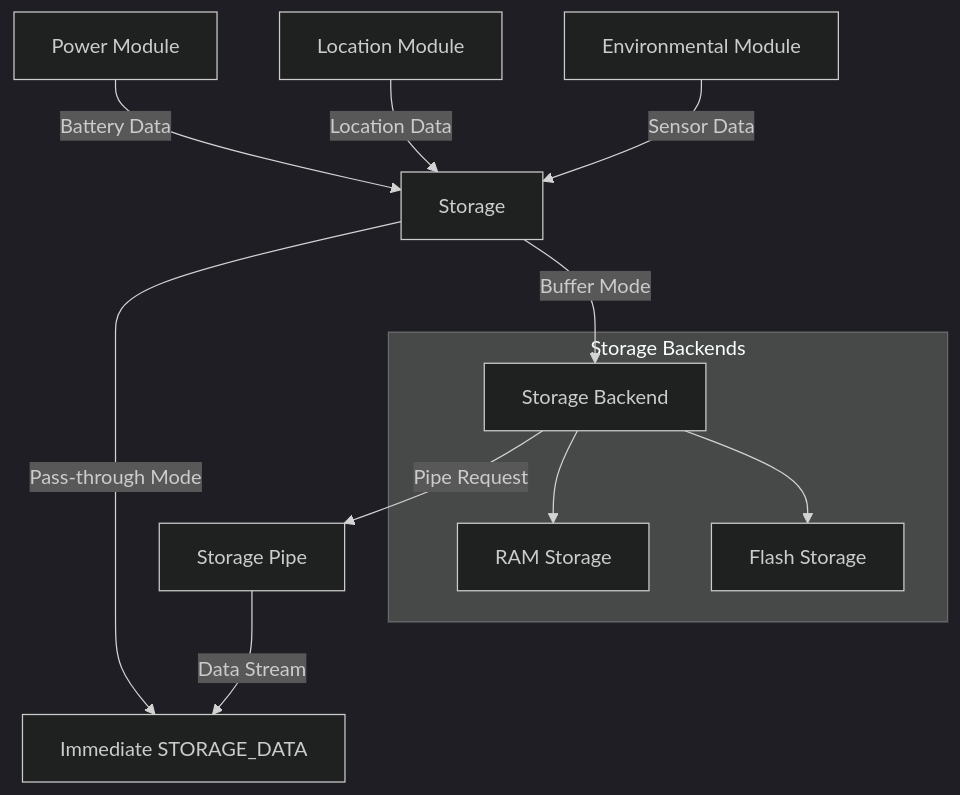
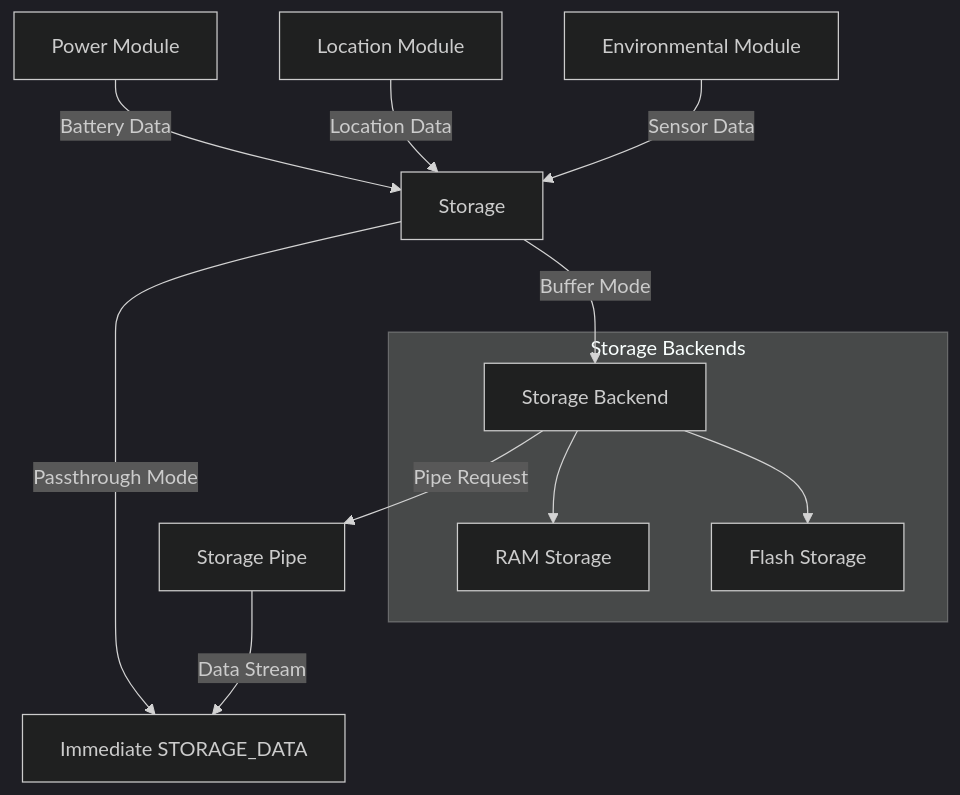
The third of 3 diagrams in docs/modules/storage.md (nrfconnect/Asset-Tracker-Template), drawn with Mermaid (dark theme) before and after one commit. The commit also changed other lines of this file and 5 other files, not shown here.

````diff
--- a/docs/modules/storage.md
+++ b/docs/modules/storage.md
@@ -65,15 +65,15 @@
 ```mermaid
 graph TD
     Power[Power Module] -->|Battery Data| Storage
     Location[Location Module] -->|Location Data| Storage
     Environmental[Environmental Module] -->|Sensor Data| Storage
-    Storage -->|Pass-through Mode| Output[Immediate STORAGE_DATA]
+    Storage -->|Passthrough Mode| Output[Immediate STORAGE_DATA]
     Storage -->|Buffer Mode| Backend[Storage Backend]
     Backend -->|Pipe Request| Pipe[Storage Pipe]
     Pipe -->|Data Stream| Output
 
     subgraph "Storage Backends"
         Backend --> RAM[RAM Storage]
         Backend --> Flash[Flash Storage]
     end
 ```
````
